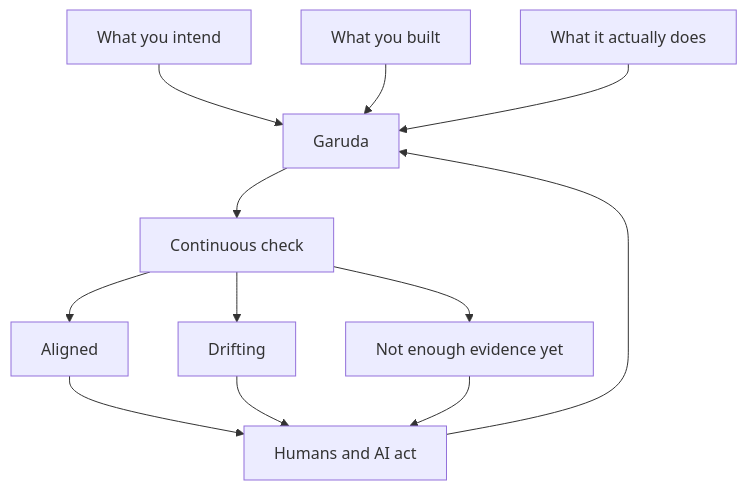
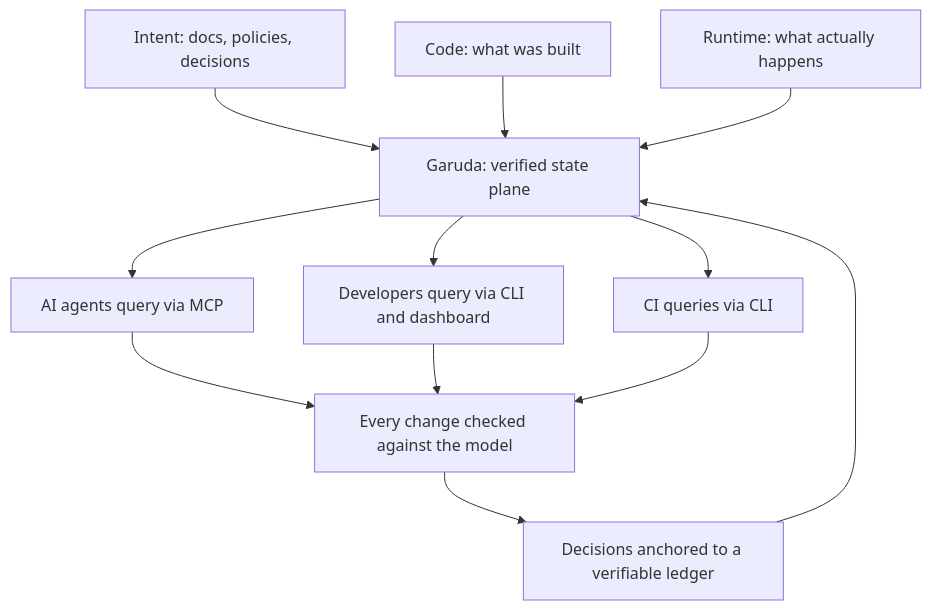
Before and after one commit to myshra777-ai/garuda: the first of 2 diagrams in README.md, drawn with Mermaid. The commit also changed other lines of this file and 2 other files, not shown here.

````diff
--- a/README.md
+++ b/README.md
@@ -53,14 +59,15 @@
 ```mermaid
 flowchart TD
-    INTENT["What you intend"] --> GARUDA["Garuda"]
-    CODE["What you built"] --> GARUDA
-    RUNTIME["What it actually does"] --> GARUDA
-    GARUDA --> CHECK["Continuous check"]
-    CHECK --> ALIGNED["Aligned"]
-    CHECK --> DRIFT["Drifting"]
-    CHECK --> UNKNOWN["Not enough evidence yet"]
-    ALIGNED --> ACTION["Humans and AI act"]
-    DRIFT --> ACTION
-    UNKNOWN --> ACTION
-    ACTION --> GARUDA
+    INTENT["Intent: docs, policies, decisions"] --> GARUDA
+    CODE["Code: what was built"] --> GARUDA
+    RUNTIME["Runtime: what actually happens"] --> GARUDA
+    GARUDA["Garuda: verified state plane"]
+    GARUDA --> AGENTS["AI agents query via MCP"]
+    GARUDA --> HUMANS["Developers query via CLI and dashboard"]
+    GARUDA --> CI["CI queries via CLI"]
+    AGENTS --> CHECK["Every change checked against the model"]
+    HUMANS --> CHECK
+    CI --> CHECK
+    CHECK --> RECORD["Decisions anchored to a verifiable ledger"]
+    RECORD --> GARUDA
 ```
````
